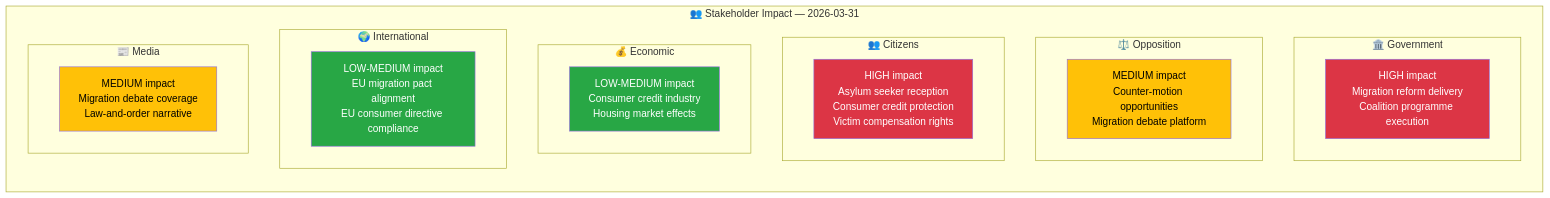
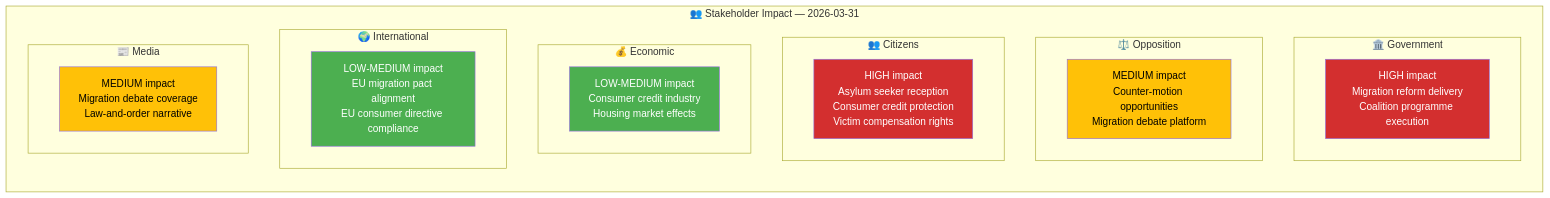
Before and after one commit to Hack23/riksdagsmonitor: the diagram in analysis/daily/2026-03-31/propositions/stakeholder-perspectives.md, drawn with Mermaid. The commit also changed 785 other files, not shown here.

First line of the commit message:
Normalize mermaid colors across 786 analysis artifacts to ISMS Style Guide palette

````diff
--- a/analysis/daily/2026-03-31/propositions/stakeholder-perspectives.md
+++ b/analysis/daily/2026-03-31/propositions/stakeholder-perspectives.md
@@ -14,29 +14,29 @@
 ```mermaid
 graph LR
     subgraph "👥 Stakeholder Impact — 2026-03-31"
         subgraph "🏛️ Government"
             GOV["HIGH impact<br/>Migration reform delivery<br/>Coalition programme execution"]
-            style GOV fill:#dc3545,color:#fff
+            style GOV fill:#D32F2F,color:#FFFFFF
         end
         subgraph "⚖️ Opposition"
             OPP["MEDIUM impact<br/>Counter-motion opportunities<br/>Migration debate platform"]
-            style OPP fill:#ffc107,color:#000
+            style OPP fill:#FFC107,color:#000000
         end
         subgraph "👥 Citizens"
             CIT["HIGH impact<br/>Asylum seeker reception<br/>Consumer credit protection<br/>Victim compensation rights"]
-            style CIT fill:#dc3545,color:#fff
+            style CIT fill:#D32F2F,color:#FFFFFF
         end
         subgraph "💰 Economic"
             ECO["LOW-MEDIUM impact<br/>Consumer credit industry<br/>Housing market effects"]
-            style ECO fill:#28a745,color:#fff
+            style ECO fill:#4CAF50,color:#FFFFFF
         end
         subgraph "🌍 International"
             INT["LOW-MEDIUM impact<br/>EU migration pact alignment<br/>EU consumer directive compliance"]
-            style INT fill:#28a745,color:#fff
+            style INT fill:#4CAF50,color:#FFFFFF
         end
         subgraph "📰 Media"
             MED["MEDIUM impact<br/>Migration debate coverage<br/>Law-and-order narrative"]
-            style MED fill:#ffc107,color:#000
+            style MED fill:#FFC107,color:#000000
         end
     end
 ```
````
